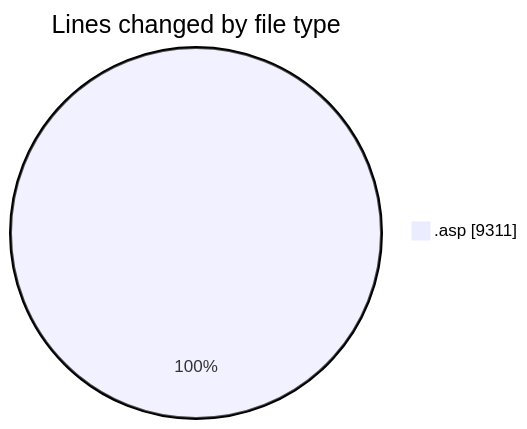
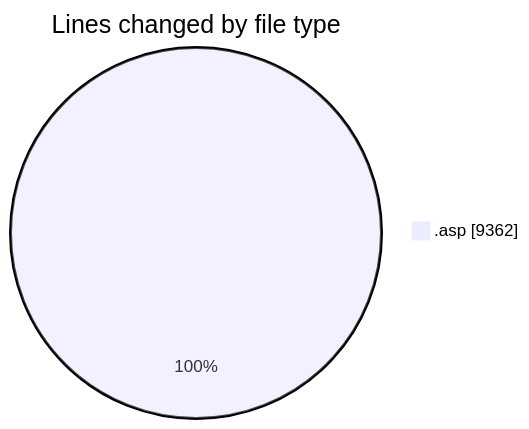
The first of 2 diagrams in 2025-10-30/cdp_aleoudev_fr__workspace_/README.md (julien-gomy/code-tracking), drawn with Mermaid before and after one commit. The commit also changed other lines of this file and 1 other file, not shown here.

````diff
--- a/2025-10-30/cdp_aleoudev_fr__workspace_/README.md
+++ b/2025-10-30/cdp_aleoudev_fr__workspace_/README.md
@@ -27,5 +28,5 @@
 ```mermaid
 pie showData
 title Lines changed by file type
-".asp" : 9311
+".asp" : 9362
 ```
````
